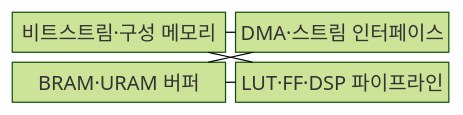
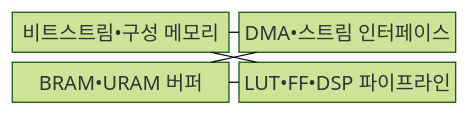
Before and after one commit to agnusdei1207/knowledge-base: the first of 2 diagrams in src/content/docs/notes/02-hardware/039_fpga_ai_acceleration.md, drawn with Mermaid (forest theme). The commit also changed other lines of this file and 953 other files, not shown here.

````diff
--- a/src/content/docs/notes/02-hardware/039_fpga_ai_acceleration.md
+++ b/src/content/docs/notes/02-hardware/039_fpga_ai_acceleration.md
@@ -71,12 +71,12 @@
 ```mermaid
 block
     columns 2
-    CFG["비트스트림·구성 메모리"]
-    DMA["DMA·스트림 인터페이스"]
-    BUF["BRAM·URAM 버퍼"]
-    PE["LUT·FF·DSP 파이프라인"]
+    CFG["비트스트림•구성 메모리"]
+    DMA["DMA•스트림 인터페이스"]
+    BUF["BRAM•URAM 버퍼"]
+    PE["LUT•FF•DSP 파이프라인"]
     CFG --- DMA
     CFG --- PE
     DMA --- BUF
     BUF --- PE
 ```
````
